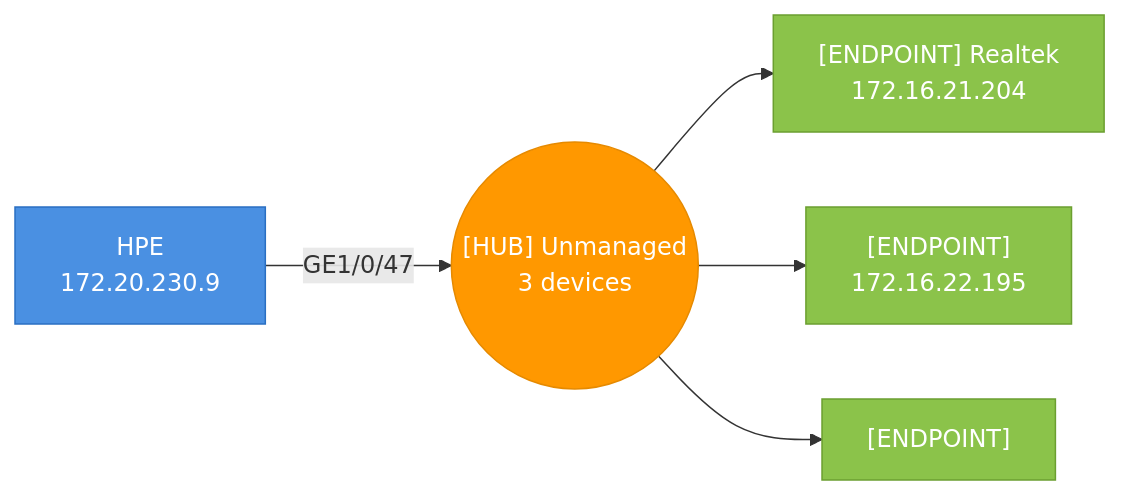
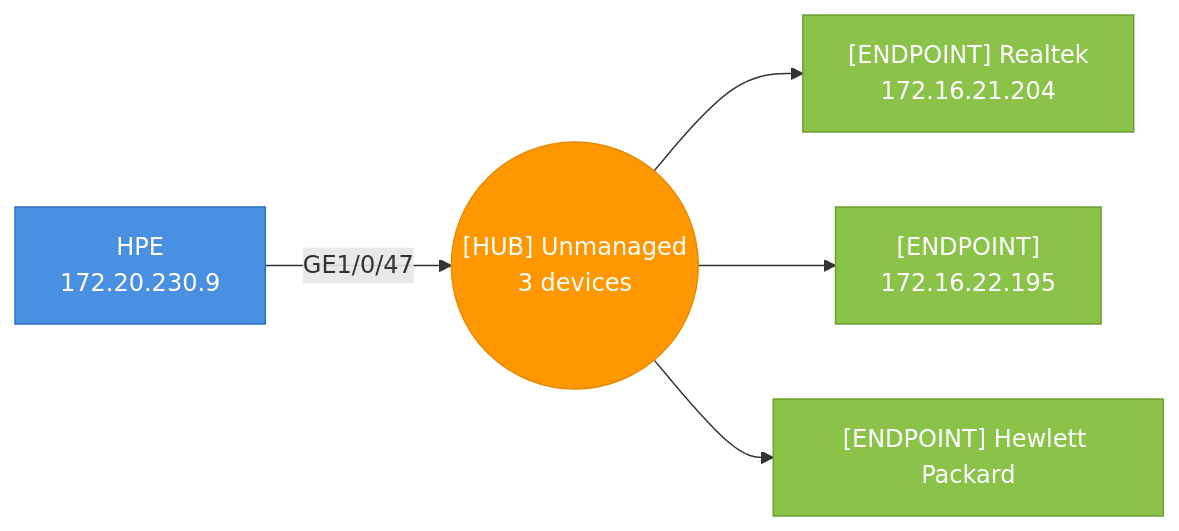
Before and after one commit to djamic/LLDP-Skanner-Go: diagram 18 of 38 in testdata/golden/audit_default.md, drawn with Mermaid. The commit also changed other lines of this file and 11 other files, not shown here.

````diff
--- a/testdata/golden/audit_default.md
+++ b/testdata/golden/audit_default.md
@@ -1671,17 +1661,17 @@
 ```mermaid
 graph LR
   hub_4caea3a219ac_p47(("[HUB] Unmanaged<br>3 devices"))
   4caea3a219ac["HPE<br>172.20.230.9"]
   4caea3a219ac-- "GE1/0/47" -->hub_4caea3a219ac_p47
   style 4caea3a219ac fill:#4A90E2,stroke:#2A6FC2,color:#fff
   00e04cf0dfc3["[ENDPOINT] Realtek<br>172.16.21.204"]
   hub_4caea3a219ac_p47-->00e04cf0dfc3
   style 00e04cf0dfc3 fill:#8BC34A,stroke:#6B9F30,color:#fff
   00e269537b36["[ENDPOINT]<br>172.16.22.195"]
   hub_4caea3a219ac_p47-->00e269537b36
   style 00e269537b36 fill:#8BC34A,stroke:#6B9F30,color:#fff
-  443192b4d11b["[ENDPOINT]"]
+  443192b4d11b["[ENDPOINT] Hewlett Packard"]
   hub_4caea3a219ac_p47-->443192b4d11b
   style 443192b4d11b fill:#8BC34A,stroke:#6B9F30,color:#fff
   style hub_4caea3a219ac_p47 fill:#FF9800,stroke:#E68A00,color:#fff
 ```
````
